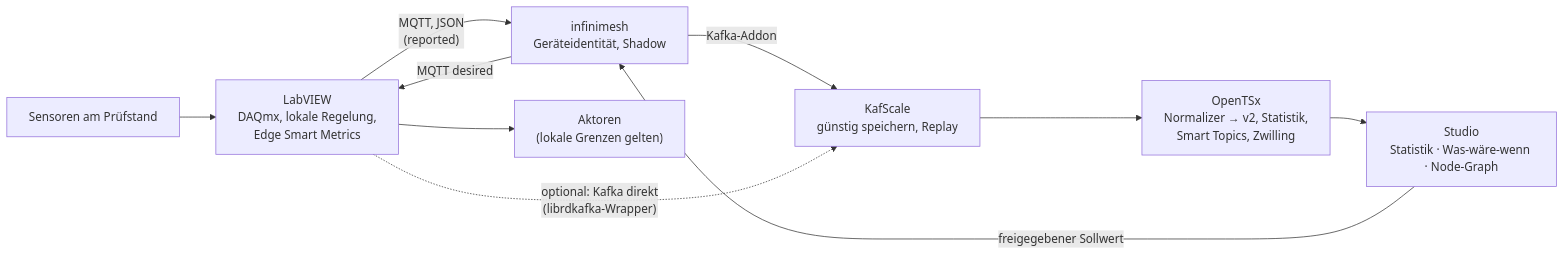
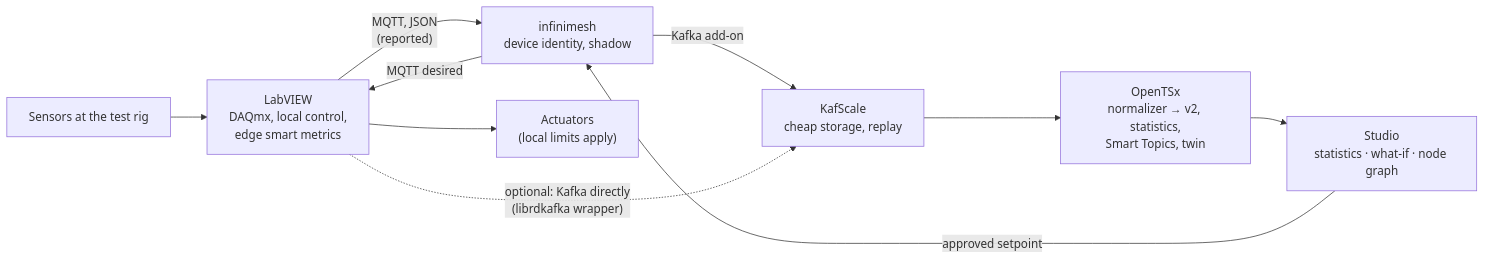
The diagram in docs/datamodel-2026/09-STUDIO-LABVIEW-STEUERPULT.md (kamir/OpenTSx), drawn with Mermaid before and after one commit. The commit also changed other lines of this file and 45 other files, not shown here.

First line of the commit message:
fix(twin): translate the twin resources and the Studio page and refuse data that would run out of memory

````diff
--- a/docs/datamodel-2026/09-STUDIO-LABVIEW-STEUERPULT.md
+++ b/docs/datamodel-2026/09-STUDIO-LABVIEW-STEUERPULT.md
@@ -148,12 +147,12 @@
 ```mermaid
 flowchart LR
-  S["Sensoren am Prüfstand"] --> LV["LabVIEW<br/>DAQmx, lokale Regelung,<br/>Edge Smart Metrics"]
-  LV -- "MQTT, JSON<br/>(reported)" --> IM["infinimesh<br/>Geräteidentität, Shadow"]
-  IM -- "Kafka-Addon" --> KS["KafScale<br/>günstig speichern, Replay"]
-  LV -. "optional: Kafka direkt<br/>(librdkafka-Wrapper)" .-> KS
-  KS --> OT["OpenTSx<br/>Normalizer → v2, Statistik,<br/>Smart Topics, Zwilling"]
-  OT --> ST["Studio<br/>Statistik · Was-wäre-wenn · Node-Graph"]
-  ST -- "freigegebener Sollwert" --> IM
+  S["Sensors at the test rig"] --> LV["LabVIEW<br/>DAQmx, local control,<br/>edge smart metrics"]
+  LV -- "MQTT, JSON<br/>(reported)" --> IM["infinimesh<br/>device identity, shadow"]
+  IM -- "Kafka add-on" --> KS["KafScale<br/>cheap storage, replay"]
+  LV -. "optional: Kafka directly<br/>(librdkafka wrapper)" .-> KS
+  KS --> OT["OpenTSx<br/>normalizer → v2, statistics,<br/>Smart Topics, twin"]
+  OT --> ST["Studio<br/>statistics · what-if · node graph"]
+  ST -- "approved setpoint" --> IM
   IM -- "MQTT desired" --> LV
-  LV --> A["Aktoren<br/>(lokale Grenzen gelten)"]
+  LV --> A["Actuators<br/>(local limits apply)"]
 ```
````
